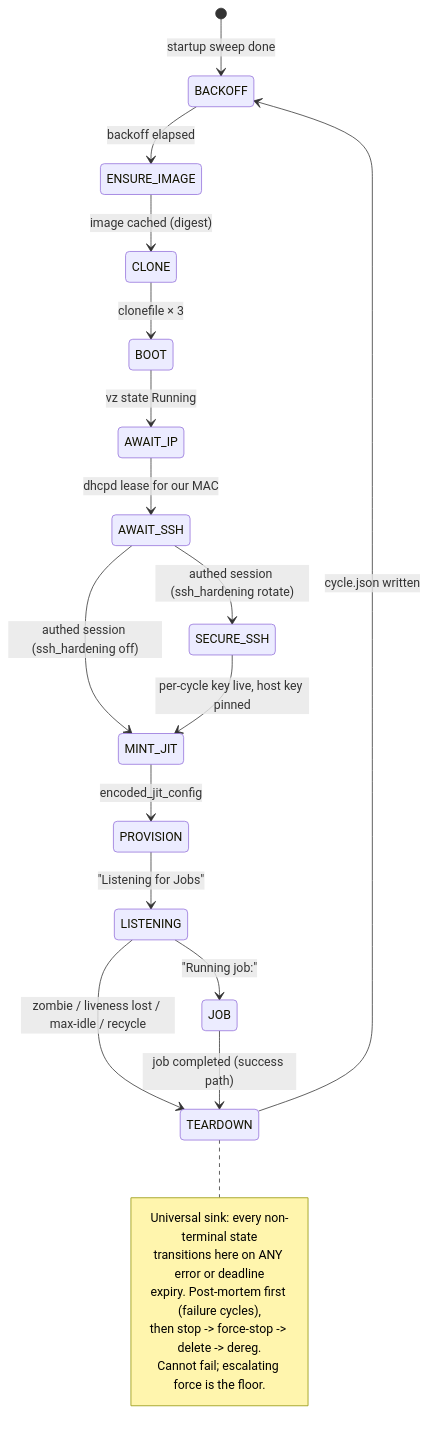
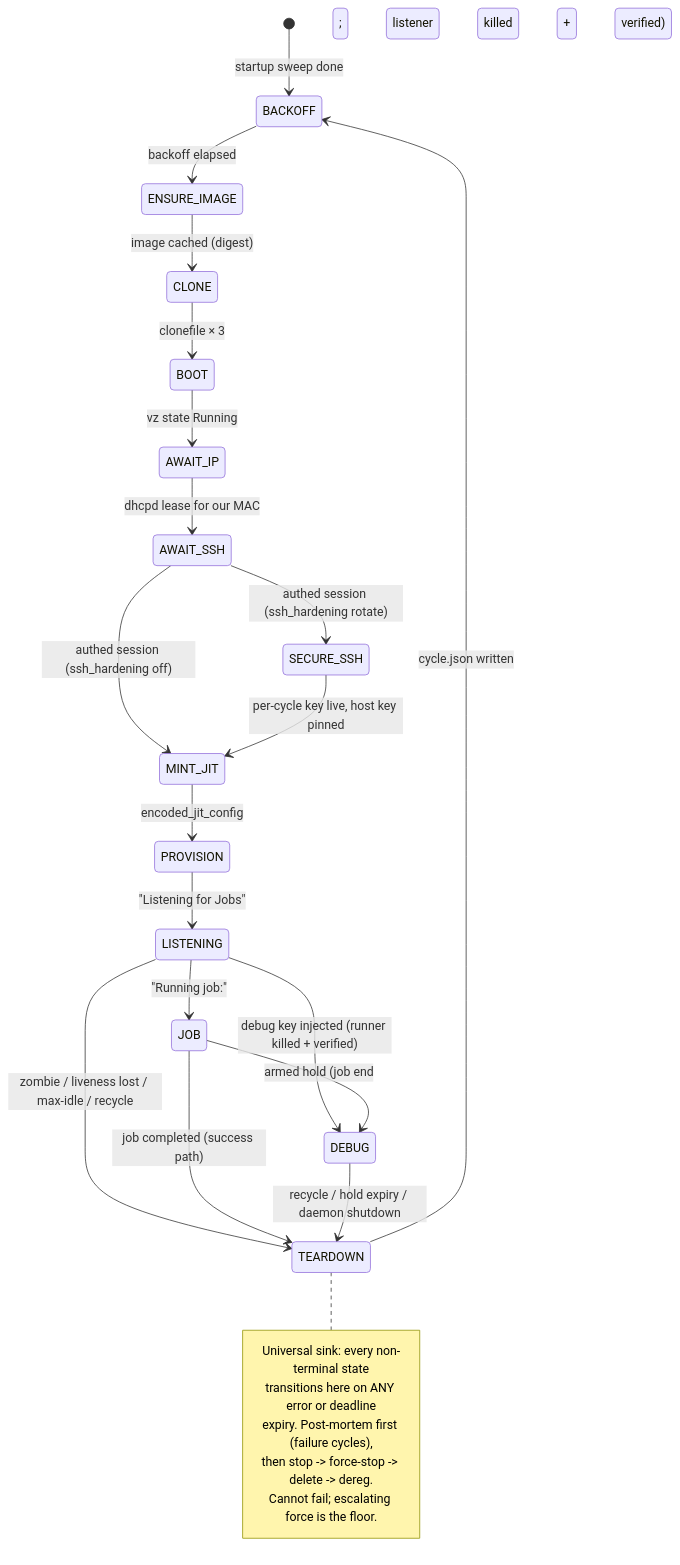
The second of 2 diagrams in docs/architecture/runnyd.md (bojanrajkovic/runny), drawn with Mermaid before and after one commit. The commit also changed other lines of this file and 23 other files, not shown here.

````diff
--- a/docs/architecture/runnyd.md
+++ b/docs/architecture/runnyd.md
@@ -44,26 +44,29 @@
 ```mermaid
 stateDiagram-v2
     [*] --> BACKOFF: startup sweep done
     BACKOFF --> ENSURE_IMAGE: backoff elapsed
     ENSURE_IMAGE --> CLONE: image cached (digest)
     CLONE --> BOOT: clonefile × 3
     BOOT --> AWAIT_IP: vz state Running
     AWAIT_IP --> AWAIT_SSH: dhcpd lease for our MAC
     AWAIT_SSH --> SECURE_SSH: authed session (ssh_hardening rotate)
     AWAIT_SSH --> MINT_JIT: authed session (ssh_hardening off)
     SECURE_SSH --> MINT_JIT: per-cycle key live, host key pinned
     MINT_JIT --> PROVISION: encoded_jit_config
     PROVISION --> LISTENING: "Listening for Jobs"
     LISTENING --> JOB: "Running job:"
     LISTENING --> TEARDOWN: zombie / liveness lost / max-idle / recycle
+    LISTENING --> DEBUG: debug key injected (runner killed + verified)
     JOB --> TEARDOWN: job completed (success path)
+    JOB --> DEBUG: armed hold (job end; listener killed + verified)
+    DEBUG --> TEARDOWN: recycle / hold expiry / daemon shutdown
     TEARDOWN --> BACKOFF: cycle.json written
 
     note right of TEARDOWN
         Universal sink: every non-terminal state
         transitions here on ANY error or deadline
         expiry. Post-mortem first (failure cycles),
         then stop -> force-stop -> delete -> dereg.
         Cannot fail; escalating force is the floor.
     end note
 ```
````
